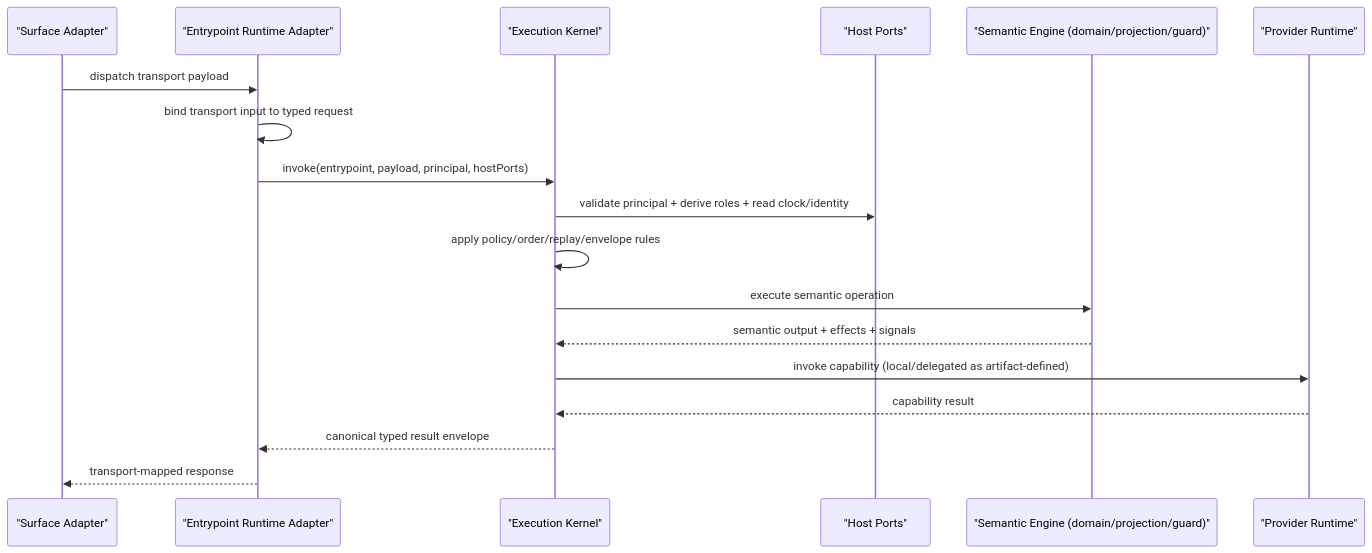
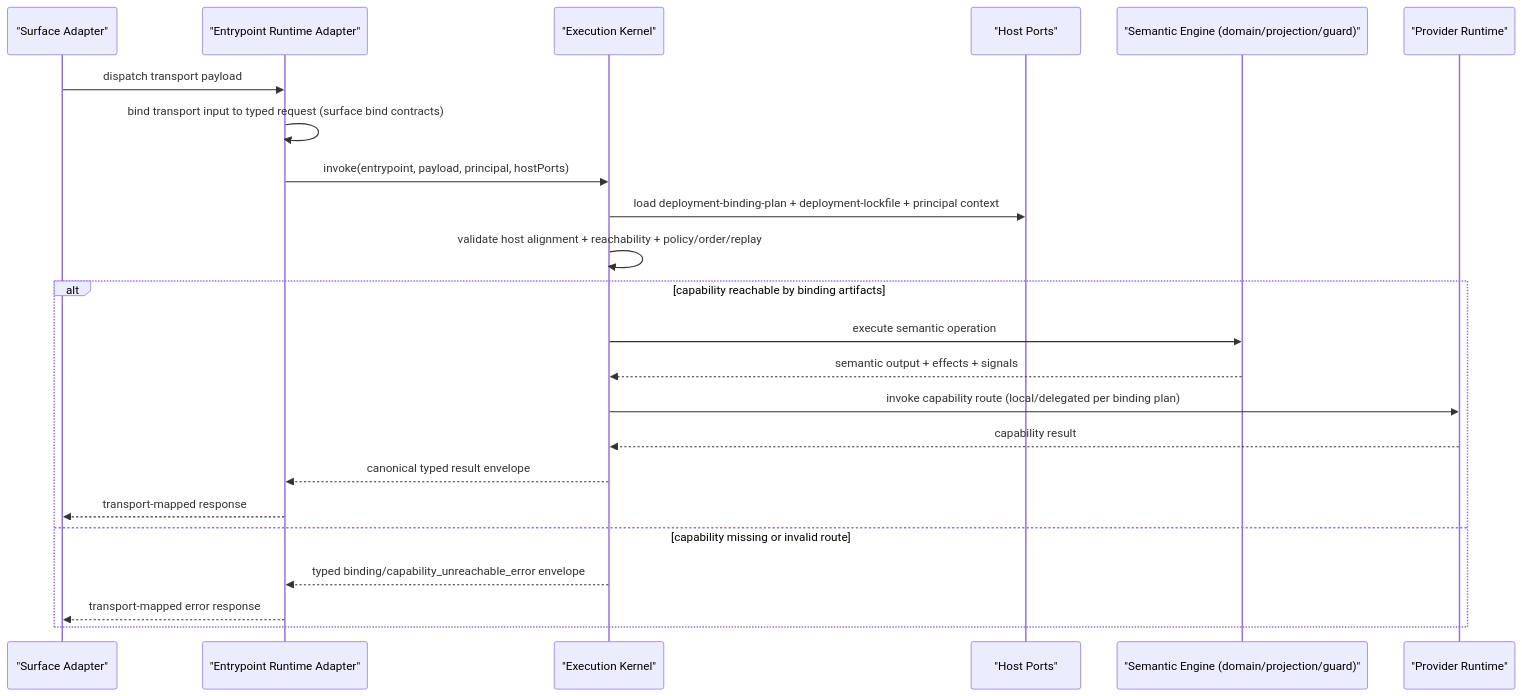
The second of 4 diagrams in docs/engineering/rfcs/RFC-0007-north-star-platform-shape-and-progressive-dx-api.md (ngalluzzo/gooi), drawn with Mermaid before and after one commit. The commit also changed other lines of this file and 3 other files, not shown here.

Commit message:
docs(architecture): update northstar and RFCs for product-line contract ownership

````diff
--- a/docs/engineering/rfcs/RFC-0007-north-star-platform-shape-and-progressive-dx-api.md
+++ b/docs/engineering/rfcs/RFC-0007-north-star-platform-shape-and-progressive-dx-api.md
@@ -159,21 +175,26 @@
 ```mermaid
 sequenceDiagram
   participant SA as "Surface Adapter"
   participant EA as "Entrypoint Runtime Adapter"
   participant K as "Execution Kernel"
   participant HP as "Host Ports"
   participant SE as "Semantic Engine (domain/projection/guard)"
   participant PR as "Provider Runtime"
 
   SA->>EA: dispatch transport payload
-  EA->>EA: bind transport input to typed request
+  EA->>EA: bind transport input to typed request (surface bind contracts)
   EA->>K: invoke(entrypoint, payload, principal, hostPorts)
-  K->>HP: validate principal + derive roles + read clock/identity
-  K->>K: apply policy/order/replay/envelope rules
-  K->>SE: execute semantic operation
-  SE-->>K: semantic output + effects + signals
-  K->>PR: invoke capability (local/delegated as artifact-defined)
-  PR-->>K: capability result
-  K-->>EA: canonical typed result envelope
-  EA-->>SA: transport-mapped response
+  K->>HP: load deployment-binding-plan + deployment-lockfile + principal context
+  K->>K: validate host alignment + reachability + policy/order/replay
+  alt capability reachable by binding artifacts
+    K->>SE: execute semantic operation
+    SE-->>K: semantic output + effects + signals
+    K->>PR: invoke capability route (local/delegated per binding plan)
+    PR-->>K: capability result
+    K-->>EA: canonical typed result envelope
+    EA-->>SA: transport-mapped response
+  else capability missing or invalid route
+    K-->>EA: typed binding/capability_unreachable_error envelope
+    EA-->>SA: transport-mapped error response
+  end
 ```
````
